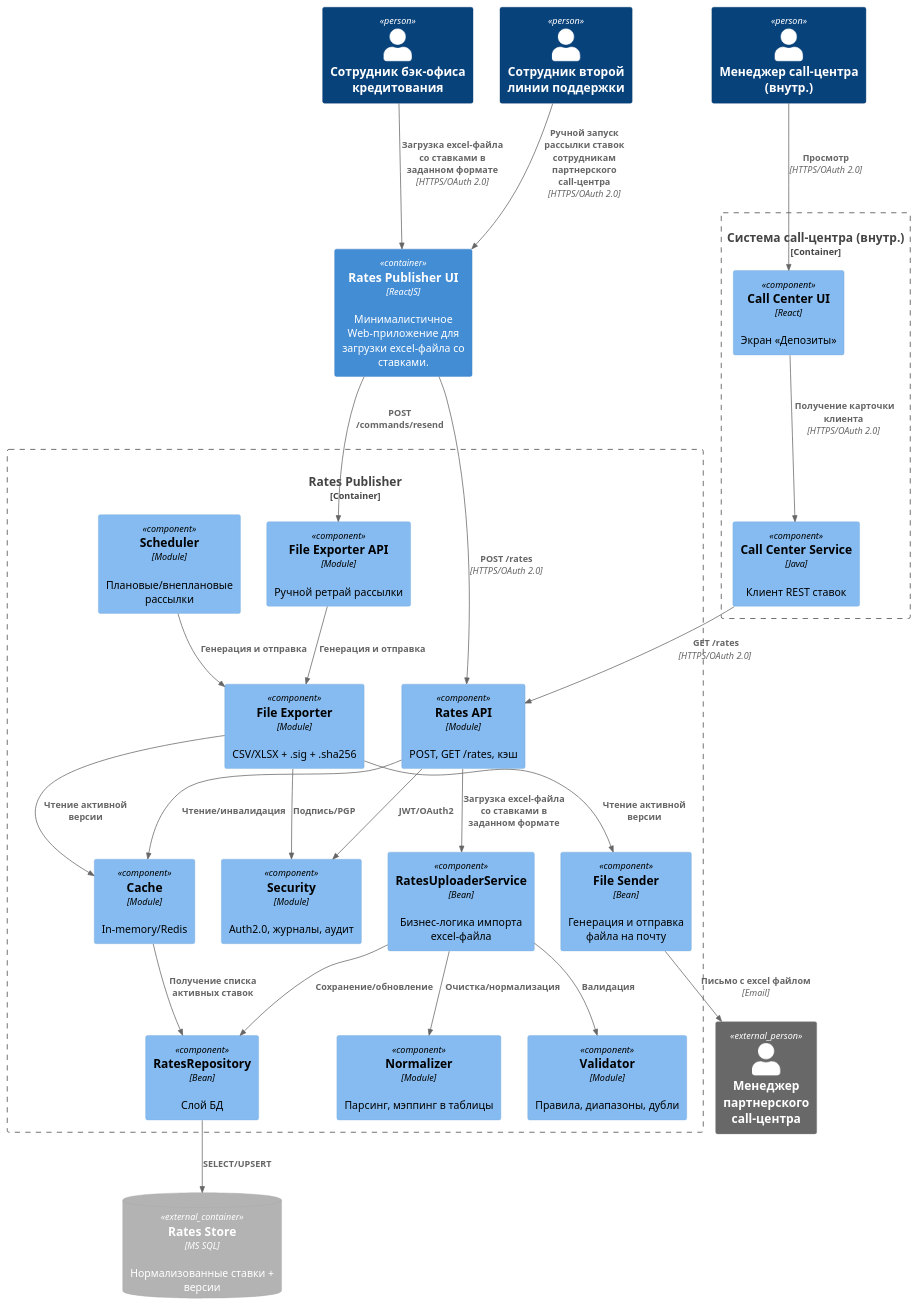
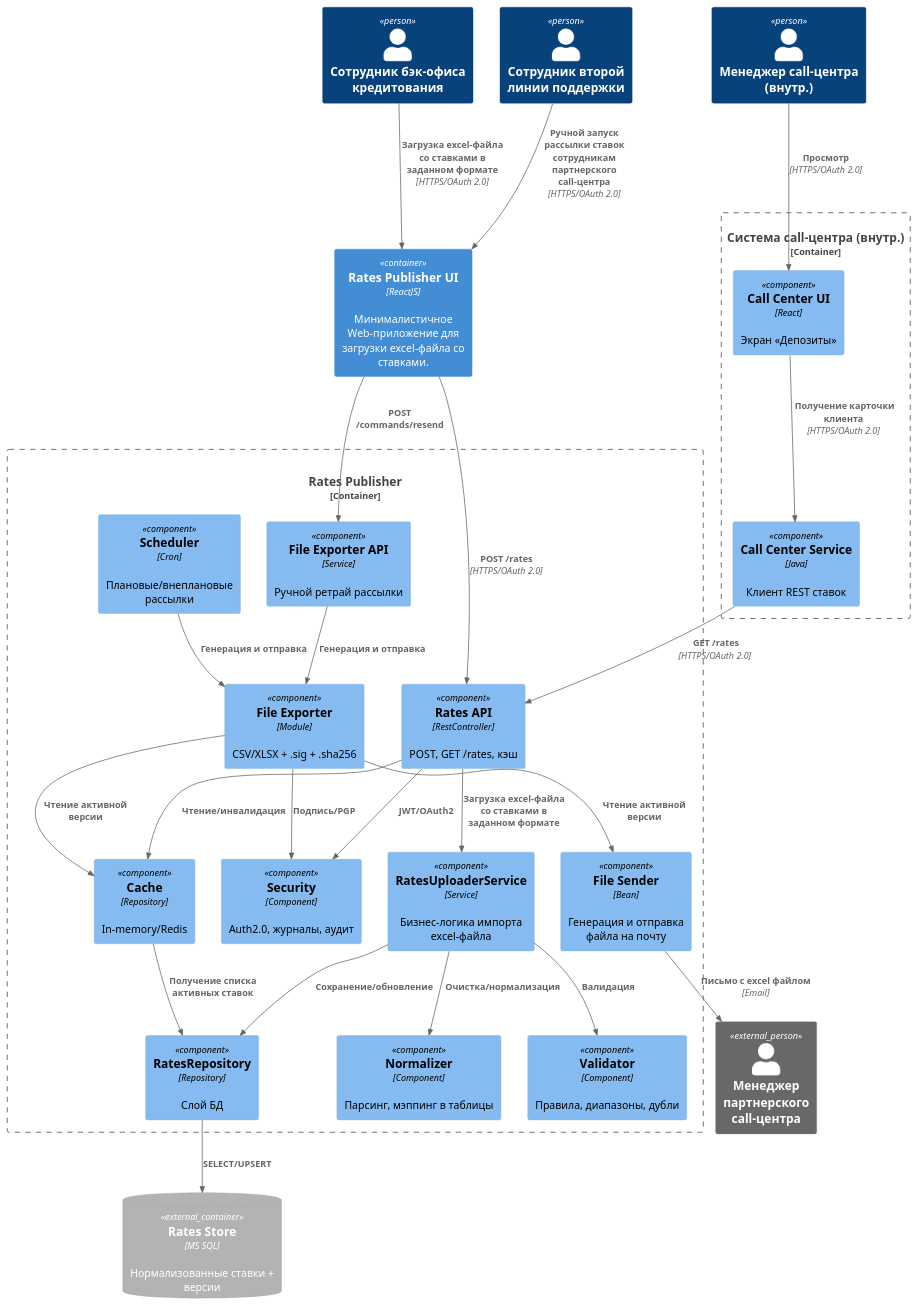
Before and after one commit to aymanstepanova/architecture-pro-standart: the diagram in Task4/c4_rates_component.puml, drawn with PlantUML. The commit also changed 3 other files, not shown here.

Commit message:
причесываю предыдущие схемы

```diff
--- a/Task4/c4_rates_component.puml
+++ b/Task4/c4_rates_component.puml
@@ -1,64 +1,64 @@
 @startuml
 !include https://raw.githubusercontent.com/plantuml-stdlib/C4-PlantUML/master/C4_Component.puml
 LAYOUT_TOP_DOWN()
 
 Person_Ext(partnerAgent, "Менеджер партнерского call-центра")
 Person(creditMan, "Сотрудник бэк-офиса кредитования")
 Person(support, "Сотрудник второй линии поддержки")
 Person(callAgent, "Менеджер call-центра (внутр.)")
 
 Container_Boundary(cc, "Система call-центра (внутр.)") {
   Component(ccUi, "Call Center UI", "React", "Экран «Депозиты»")
   Component(ccApi, "Call Center Service", "Java", "Клиент REST ставок")
 }
 ContainerDb_Ext(db, "Rates Store", "MS SQL", "Нормализованные ставки + версии")
 
 Container(ratesUI, "Rates Publisher UI", "ReactJS", "Минималистичное Web-приложение для загрузки excel-файла со ставками.")
 
 Container_Boundary(rates, "Rates Publisher", "App", "Публикация ставок") {
-    Component(api, "Rates API", "Module", "POST, GET /rates, кэш")
+    Component(api, "Rates API", "RestController", "POST, GET /rates, кэш")
     ' Загрузка excel
-    Component(ratesService, "RatesUploaderService", "Bean", "Бизнес-логика импорта excel-файла")
-    Component(val, "Validator", "Module", "Правила, диапазоны, дубли")
-    Component(norm, "Normalizer", "Module", "Парсинг, мэппинг в таблицы")
-    Component(ratesRepo, "RatesRepository", "Bean", "Слой БД")
+    Component(ratesService, "RatesUploaderService", "Service", "Бизнес-логика импорта excel-файла")
+    Component(val, "Validator", "Component", "Правила, диапазоны, дубли")
+    Component(norm, "Normalizer", "Component", "Парсинг, мэппинг в таблицы")
+    Component(ratesRepo, "RatesRepository", "Repository", "Слой БД")
 
     ' Чтение ставок
-    Component(cache, "Cache", "Module", "In-memory/Redis")
-    Component(sec, "Security", "Module", "Auth2.0, журналы, аудит")
+    Component(cache, "Cache", "Repository", "In-memory/Redis")
+    Component(sec, "Security", "Component", "Auth2.0, журналы, аудит")
 
     ' Рассылка ставок
-    Component(jobApi, "File Exporter API", "Module", "Ручной ретрай рассылки")
-    Component(job, "Scheduler", "Module", "Плановые/внеплановые рассылки")
+    Component(jobApi, "File Exporter API", "Service", "Ручной ретрай рассылки")
+    Component(job, "Scheduler", "Cron", "Плановые/внеплановые рассылки")
     Component(exp, "File Exporter", "Module", "CSV/XLSX + .sig + .sha256")
     Component(sender, "File Sender", "Bean", "Генерация и отправка файла на почту")
 
 }
 ' Получение ставок
 Rel(callAgent, ccUi, "Просмотр", "HTTPS/OAuth 2.0")
 Rel(ccUi, ccApi, " Получение карточки клиента", "HTTPS/OAuth 2.0")
 Rel(ccApi, api, " GET /rates", "HTTPS/OAuth 2.0")
 Rel(api, cache, "Чтение/инвалидация")
 Rel(cache, ratesRepo, "Получение списка активных ставок")
 Rel(ratesRepo, db, "SELECT/UPSERT")
 
 ' Импорт ставок
 Rel(creditMan, ratesUI, "Загрузка excel-файла со ставками в заданном формате", "HTTPS/OAuth 2.0")
 Rel(ratesUI, api, "POST /rates", "HTTPS/OAuth 2.0")
 Rel(api, ratesService, "Загрузка excel-файла со ставками в заданном формате")
 Rel(ratesService, val, "Валидация")
 Rel(ratesService, norm, "Очистка/нормализация")
 Rel(ratesService, ratesRepo, "Сохранение/обновление")
 
 Rel(support, ratesUI, "Ручной запуск рассылки ставок сотрудникам партнерского call-центра", "HTTPS/OAuth 2.0")
 Rel(ratesUI, jobApi, "POST /commands/resend")
 Rel(jobApi, exp, "Генерация и отправка")
 Rel(job, exp, "Генерация и отправка")
 Rel(exp, cache, "Чтение активной версии")
 Rel(exp, sender, "Чтение активной версии")
 Rel(sender, partnerAgent, "Письмо c excel файлом", "Email")
 Rel(api, sec, "JWT/OAuth2")
 Rel(exp, sec, "Подпись/PGP")
 
 
 @enduml
```
